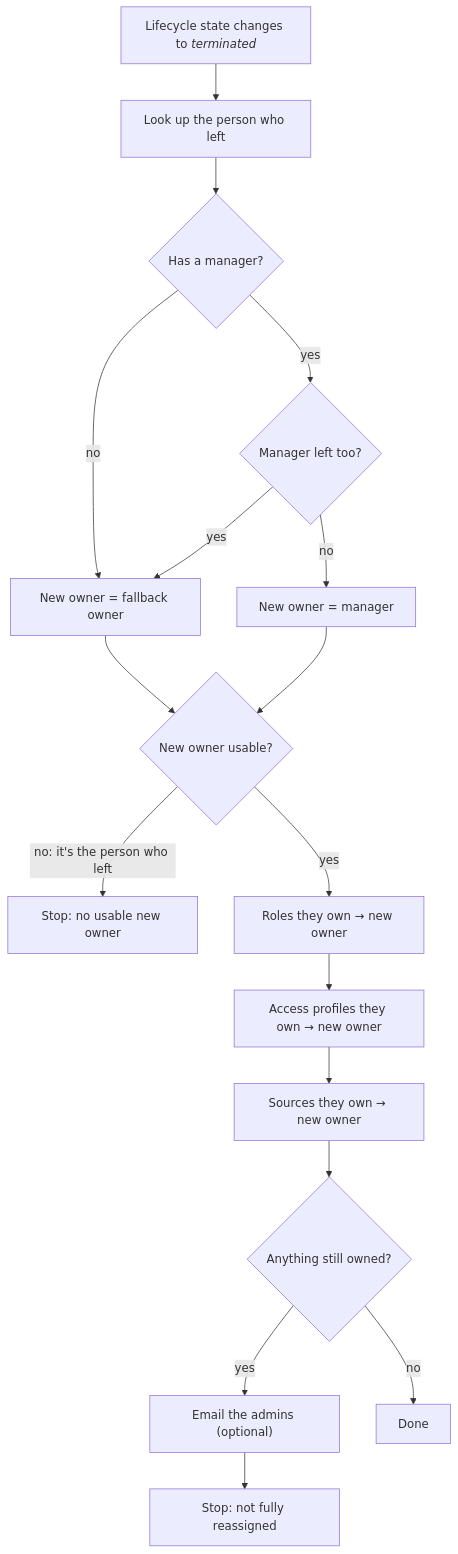
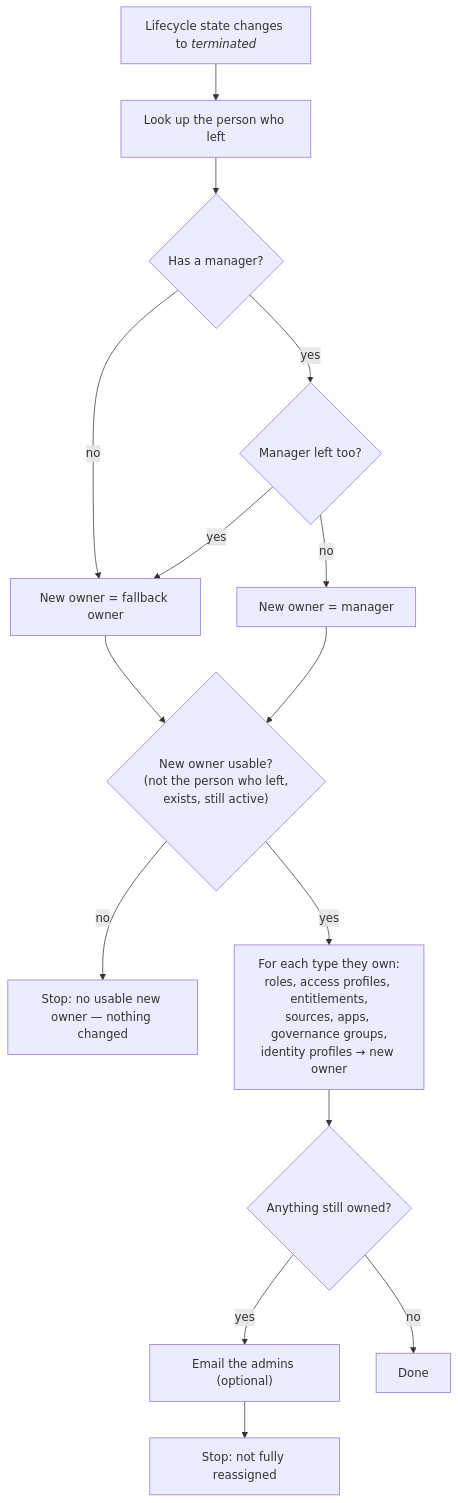
One commit to Shane-Cotta/sailpoint_bulk_access_request changed the diagram in README.md. Above: the diagram before and after it, drawn with Mermaid. The commit also changed other lines of this file and 10 other files, not shown here.

First line of the commit message:
Reassign entitlements, apps, governance groups and identity profiles too

````diff
--- a/README.md
+++ b/README.md
@@ -13,18 +13,16 @@
 ```mermaid
 flowchart TD
   T["Lifecycle state changes to <i>terminated</i>"] --> G[Look up the person who left]
   G --> M{Has a manager?}
   M -- no --> F[New owner = fallback owner]
   M -- yes --> A{Manager left too?}
   A -- yes --> F
   A -- no --> N[New owner = manager]
-  F --> U{New owner usable?}
+  F --> U{"New owner usable?<br/>(not the person who left,<br/>exists, still active)"}
   N --> U
-  U -- "no: it's the person who left" --> X1[Stop: no usable new owner]
-  U -- yes --> R[Roles they own → new owner]
-  R --> P[Access profiles they own → new owner]
-  P --> S[Sources they own → new owner]
-  S --> C{Anything still owned?}
+  U -- no --> X1[Stop: no usable new owner — nothing changed]
+  U -- yes --> R["For each type they own:<br/>roles, access profiles, entitlements,<br/>sources, apps, governance groups,<br/>identity profiles → new owner"]
+  R --> C{Anything still owned?}
   C -- yes --> E["Email the admins (optional)"] --> X2[Stop: not fully reassigned]
   C -- no --> D[Done]
 ```
````
